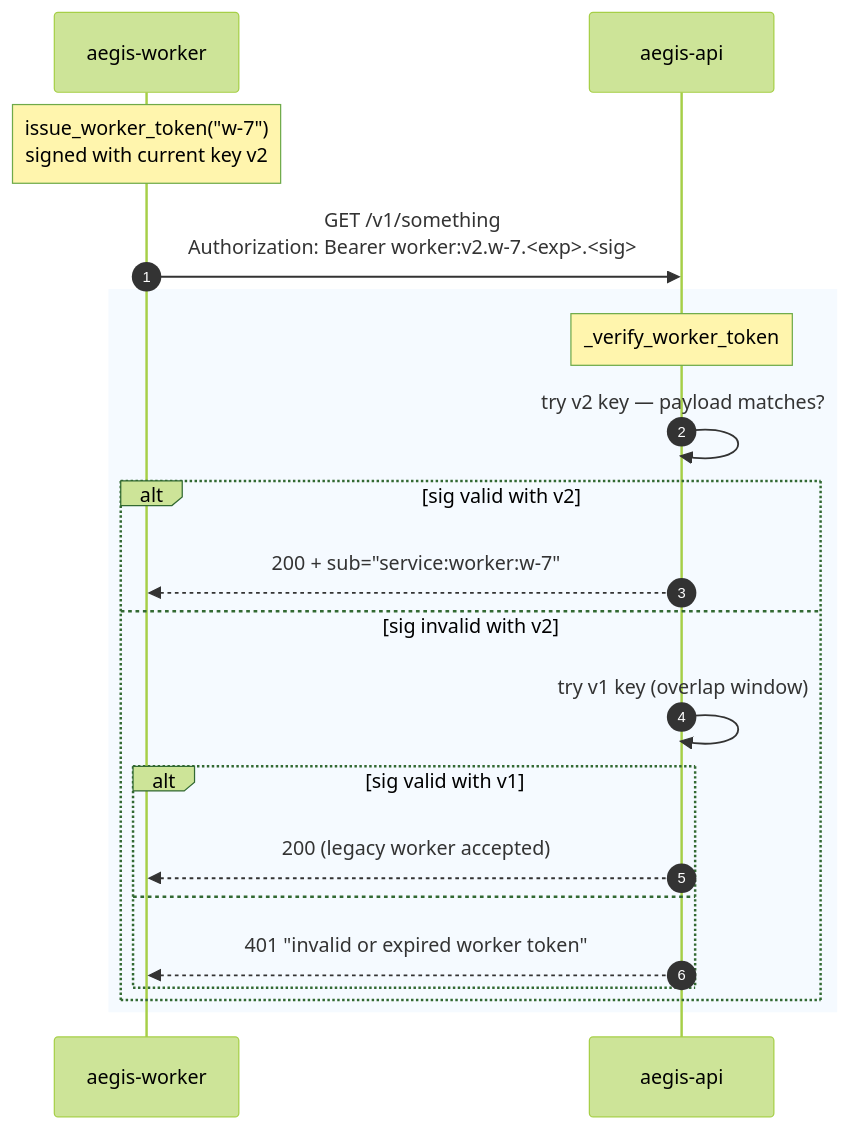
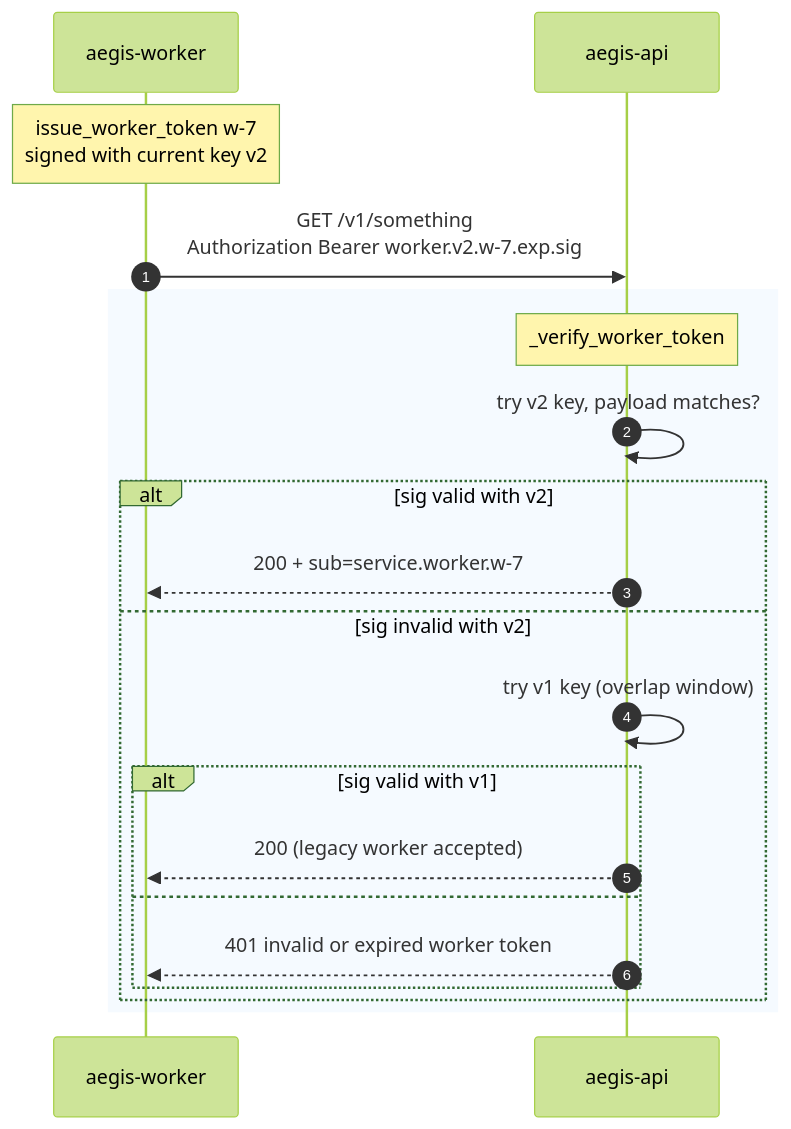
The second of 3 diagrams in docs/architecture/auth.md (IntelliBridge/ndia-red-team-simulator), drawn with Mermaid (forest theme) before and after one commit. The commit also changed other lines of this file and 8 other files, not shown here.

First line of the commit message:
mkdocs: fix every mermaid diagram against the Mermaid 11 parser

````diff
--- a/docs/architecture/auth.md
+++ b/docs/architecture/auth.md
@@ -143,24 +143,24 @@
 ```mermaid
 sequenceDiagram
     autonumber
     participant W as aegis-worker
     participant API as aegis-api
 
-    Note over W: issue_worker_token("w-7")<br/>signed with current key v2
-    W->>API: GET /v1/something<br/>Authorization: Bearer worker:v2.w-7.<exp>.<sig>
+    Note over W: issue_worker_token w-7<br/>signed with current key v2
+    W->>API: GET /v1/something<br/>Authorization Bearer worker.v2.w-7.exp.sig
 
     rect rgb(245,250,255)
     Note over API: _verify_worker_token
-    API->>API: try v2 key — payload matches?
+    API->>API: try v2 key, payload matches?
     alt sig valid with v2
-        API-->>W: 200 + sub="service:worker:w-7"
+        API-->>W: 200 + sub=service.worker.w-7
     else sig invalid with v2
         API->>API: try v1 key (overlap window)
         alt sig valid with v1
             API-->>W: 200 (legacy worker accepted)
         else
-            API-->>W: 401 "invalid or expired worker token"
+            API-->>W: 401 invalid or expired worker token
         end
     end
     end
 ```
````
